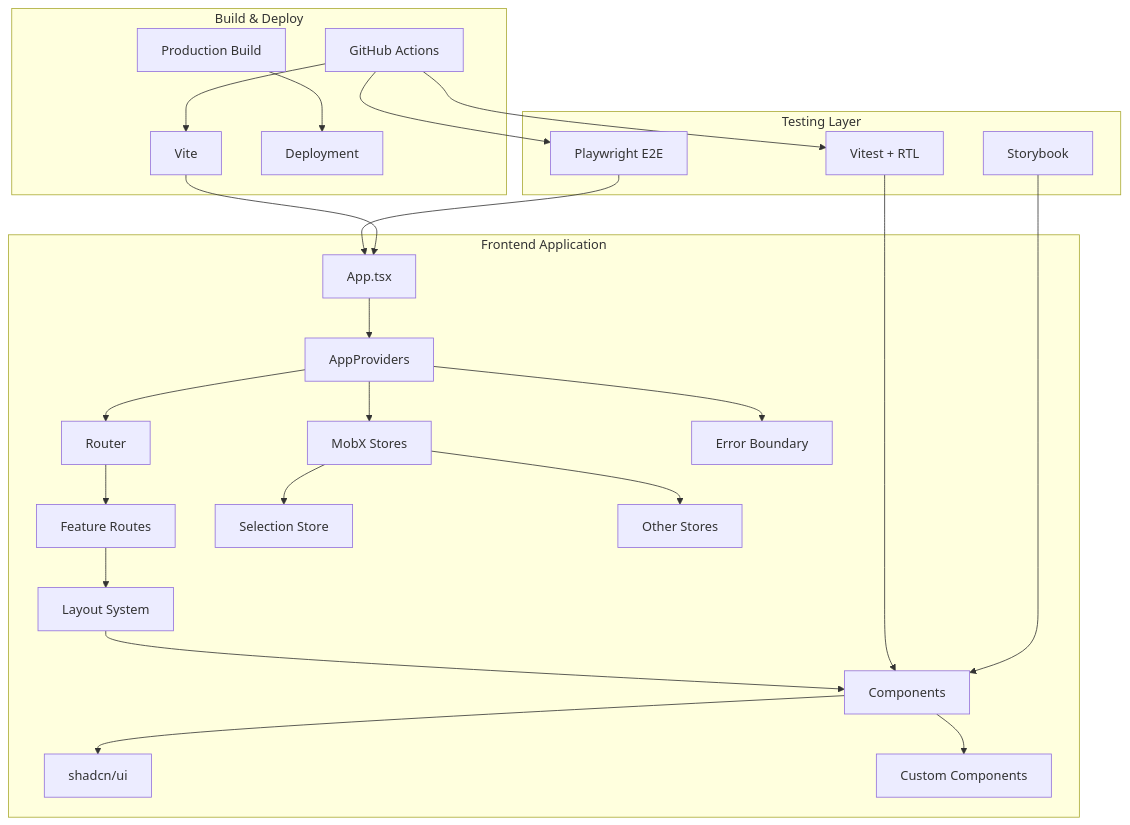
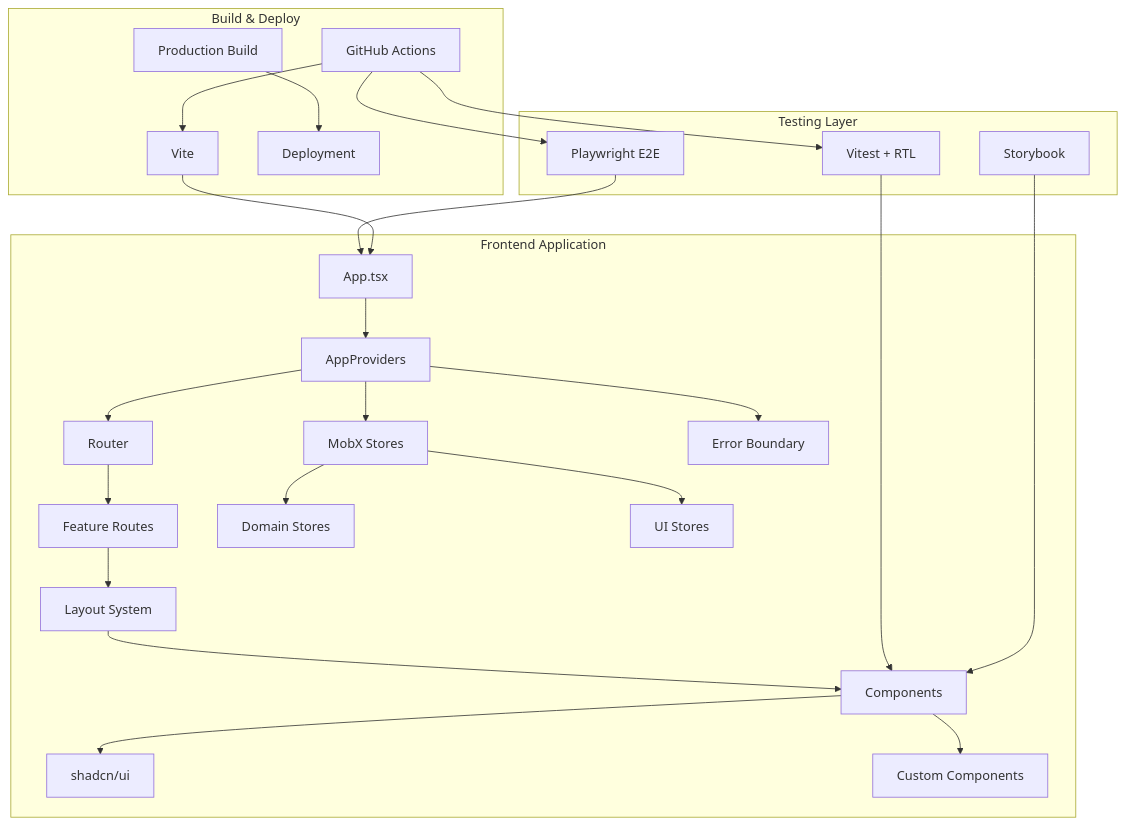
One commit to letanure/react-mobx-starter changed the second of 5 diagrams in README.md. Above: the diagram before and after it, drawn with Mermaid. The commit also changed 2 other files, not shown here.

Commit message:
docs: update architecture diagram to use generic store categories
Replace specific 'Selection Store' reference with generic 'Domain Stores' and 'UI Stores' categories for better architectural representation

````diff
--- a/README.md
+++ b/README.md
@@ -121,33 +121,33 @@
 ```mermaid
 graph TB
     subgraph "Frontend Application"
         A[App.tsx] --> B[AppProviders]
         B --> C[Router]
         B --> D[MobX Stores]
         B --> E[Error Boundary]
         
         C --> F[Feature Routes]
         F --> G[Layout System]
         G --> H[Components]
         
-        D --> I[Selection Store]
-        D --> J[Other Stores]
+        D --> I[Domain Stores]
+        D --> J[UI Stores]
         
         H --> K[shadcn/ui]
         H --> L[Custom Components]
     end
     
     subgraph "Testing Layer"
         M[Vitest + RTL] --> H
         N[Playwright E2E] --> A
         O[Storybook] --> H
     end
     
     subgraph "Build & Deploy"
         P[Vite] --> A
         Q[GitHub Actions] --> P
         Q --> M
         Q --> N
         R[Production Build] --> S[Deployment]
     end
 ```
````
